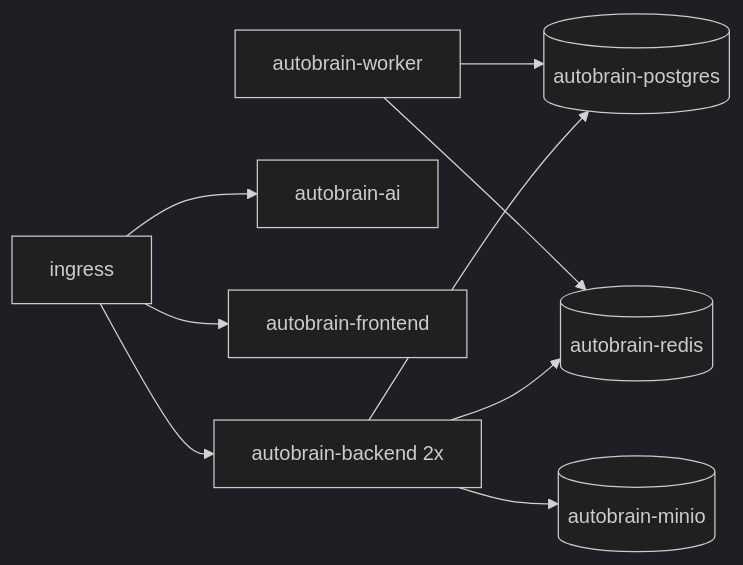
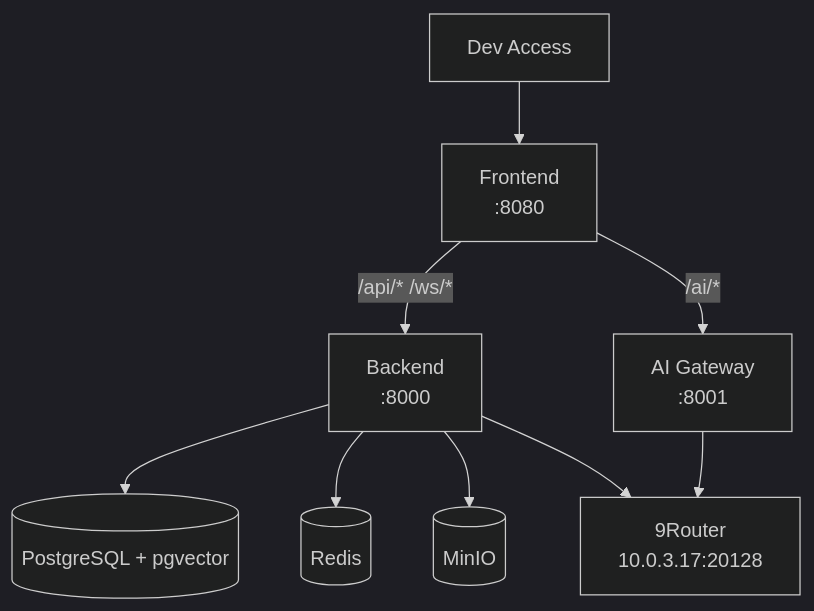
The fourth of 4 diagrams in docs/Deployment-and-Infrastructure/infrastructure-diagrams.md (CannonFodder151/autobrain), drawn with Mermaid (dark theme) before and after one commit. The commit also changed other lines of this file and 8 other files, not shown here.

````diff
--- a/docs/Deployment-and-Infrastructure/infrastructure-diagrams.md
+++ b/docs/Deployment-and-Infrastructure/infrastructure-diagrams.md
@@ -44,11 +95,11 @@
 ```mermaid
-graph LR
-    Ingress[ingress] --> B2[autobrain-backend 2x]
-    Ingress --> AI2[autobrain-ai]
-    Ingress --> FE2[autobrain-frontend]
-    B2 --> PG[(autobrain-postgres)]
-    B2 --> RD[(autobrain-redis)]
-    B2 --> MN[(autobrain-minio)]
-    WorkerK[autobrain-worker] --> RD
-    WorkerK --> PG
+graph TD
+    Dev[Dev Access] --> FE2[Frontend\n:8080]
+    FE2 -->|/api/* /ws/*| BE2[Backend\n:8000]
+    FE2 -->|/ai/*| AI2[AI Gateway\n:8001]
+    BE2 --> PG2[(PostgreSQL + pgvector)]
+    BE2 --> RD2[(Redis)]
+    BE2 --> MN2[(MinIO)]
+    AI2 --> RTR2[9Router\n10.0.3.17:20128]
+    BE2 --> RTR2
 ```
````
